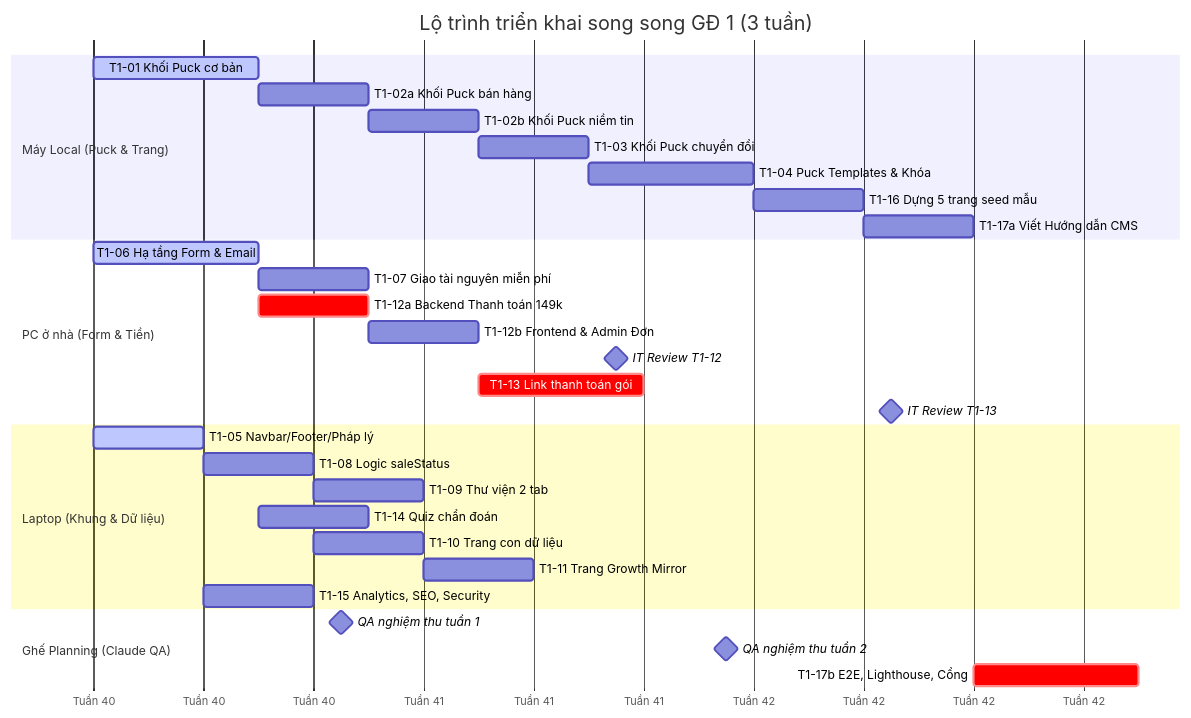
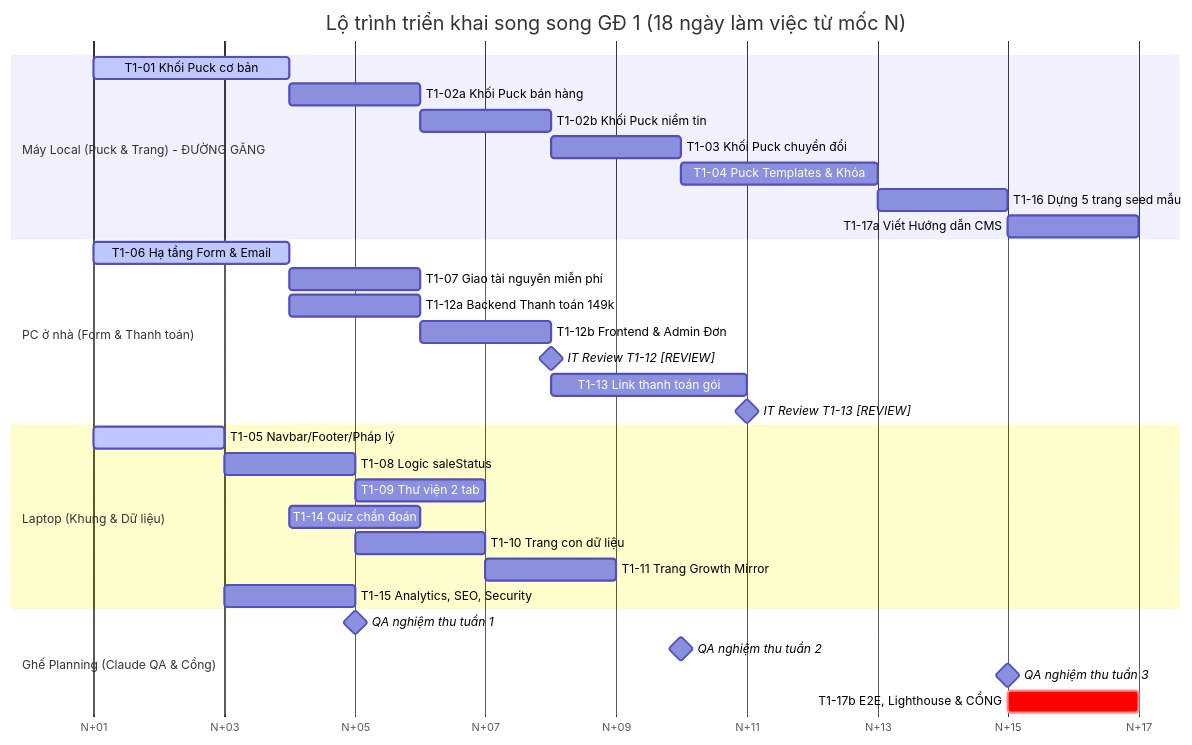
The diagram in docs/plan/ESTIMATES.md (residoken-wq/tramdungcamxuc), drawn with Mermaid before and after one commit. The commit also changed other lines of this file, not shown here.

````diff
--- a/docs/plan/ESTIMATES.md
+++ b/docs/plan/ESTIMATES.md
@@ -138,38 +161,39 @@
 ```mermaid
 gantt
-    title Lộ trình triển khai song song GĐ 1 (3 tuần)
+    title Lộ trình triển khai song song GĐ 1 (18 ngày làm việc từ mốc N)
     dateFormat  YYYY-MM-DD
-    axisFormat  Tuần %W
+    axisFormat  N+%d
     
-    section Máy Local (Puck & Trang)
-    T1-01 Khối Puck cơ bản         :active, t1_01, 2026-10-07, 3d
+    section Máy Local (Puck & Trang) - ĐƯỜNG GĂNG
+    T1-01 Khối Puck cơ bản         :active, t1_01, 2026-01-01, 3d
     T1-02a Khối Puck bán hàng      :t1_02a, after t1_01, 2d
     T1-02b Khối Puck niềm tin      :t1_02b, after t1_02a, 2d
     T1-03 Khối Puck chuyển đổi     :t1_03, after t1_02b, 2d
     T1-04 Puck Templates & Khóa    :t1_04, after t1_03, 3d
     T1-16 Dựng 5 trang seed mẫu    :t1_16, after t1_04, 2d
     T1-17a Viết Hướng dẫn CMS      :t1_17a, after t1_16, 2d
     
-    section PC ở nhà (Form & Tiền)
-    T1-06 Hạ tầng Form & Email     :active, t1_06, 2026-10-07, 3d
+    section PC ở nhà (Form & Thanh toán)
+    T1-06 Hạ tầng Form & Email     :active, t1_06, 2026-01-01, 3d
     T1-07 Giao tài nguyên miễn phí :t1_07, after t1_06, 2d
-    T1-12a Backend Thanh toán 149k :crit, t1_12a, after t1_06, 2d
+    T1-12a Backend Thanh toán 149k :t1_12a, after t1_06, 2d
     T1-12b Frontend & Admin Đơn    :t1_12b, after t1_12a, 2d
-    IT Review T1-12                :milestone, 2026-10-16, 1d
-    T1-13 Link thanh toán gói      :crit, t1_13, after t1_12b, 3d
-    IT Review T1-13                :milestone, 2026-10-21, 1d
+    IT Review T1-12 [REVIEW]       :milestone, after t1_12b, 0d
+    T1-13 Link thanh toán gói      :t1_13, after t1_12b, 3d
+    IT Review T1-13 [REVIEW]       :milestone, after t1_13, 0d
     
     section Laptop (Khung & Dữ liệu)
-    T1-05 Navbar/Footer/Pháp lý    :active, t1_05, 2026-10-07, 2d
+    T1-05 Navbar/Footer/Pháp lý    :active, t1_05, 2026-01-01, 2d
     T1-08 Logic saleStatus         :t1_08, after t1_05, 2d
     T1-09 Thư viện 2 tab           :t1_09, after t1_08, 2d
     T1-14 Quiz chẩn đoán           :t1_14, after t1_06, 2d
     T1-10 Trang con dữ liệu        :t1_10, after t1_08, 2d
     T1-11 Trang Growth Mirror      :t1_11, after t1_10, 2d
     T1-15 Analytics, SEO, Security :t1_15, after t1_05, 2d
     
-    section Ghế Planning (Claude QA)
-    QA nghiệm thu tuần 1           :milestone, 2026-10-11, 1d
-    QA nghiệm thu tuần 2           :milestone, 2026-10-18, 1d
-    T1-17b E2E, Lighthouse, Cổng   :crit, 2026-10-23, 3d
+    section Ghế Planning (Claude QA & Cổng)
+    QA nghiệm thu tuần 1           :milestone, 2026-01-05, 0d
+    QA nghiệm thu tuần 2           :milestone, 2026-01-10, 0d
+    QA nghiệm thu tuần 3           :milestone, 2026-01-15, 0d
+    T1-17b E2E, Lighthouse & CỔNG  :crit, after t1_16, 2d
 ```
````
